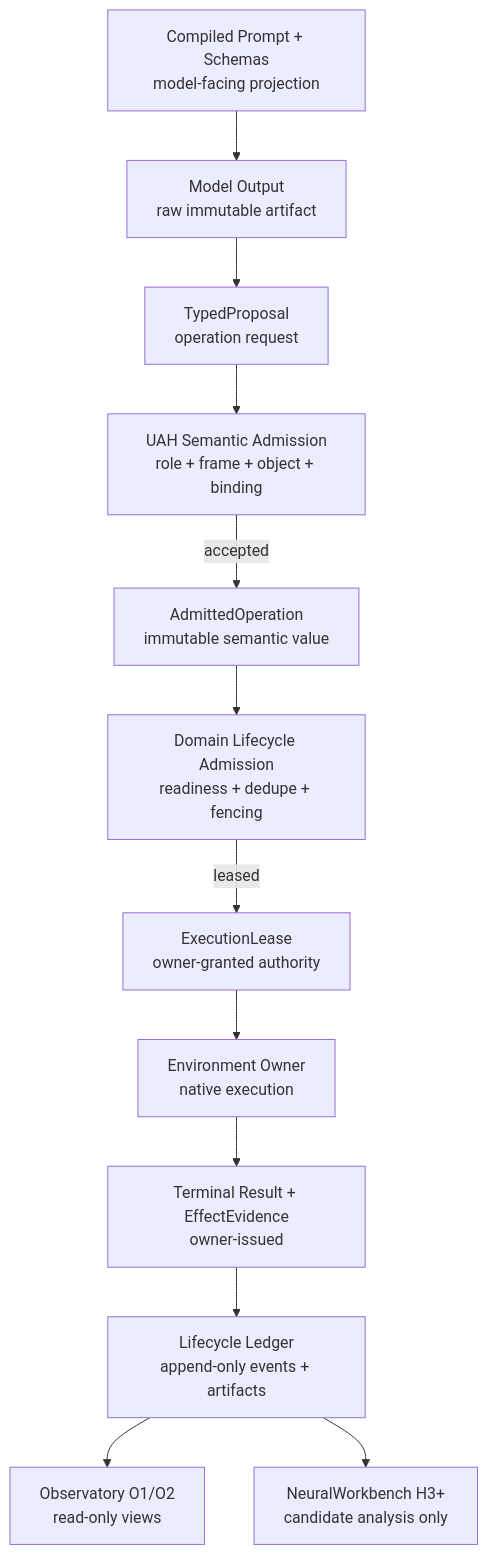
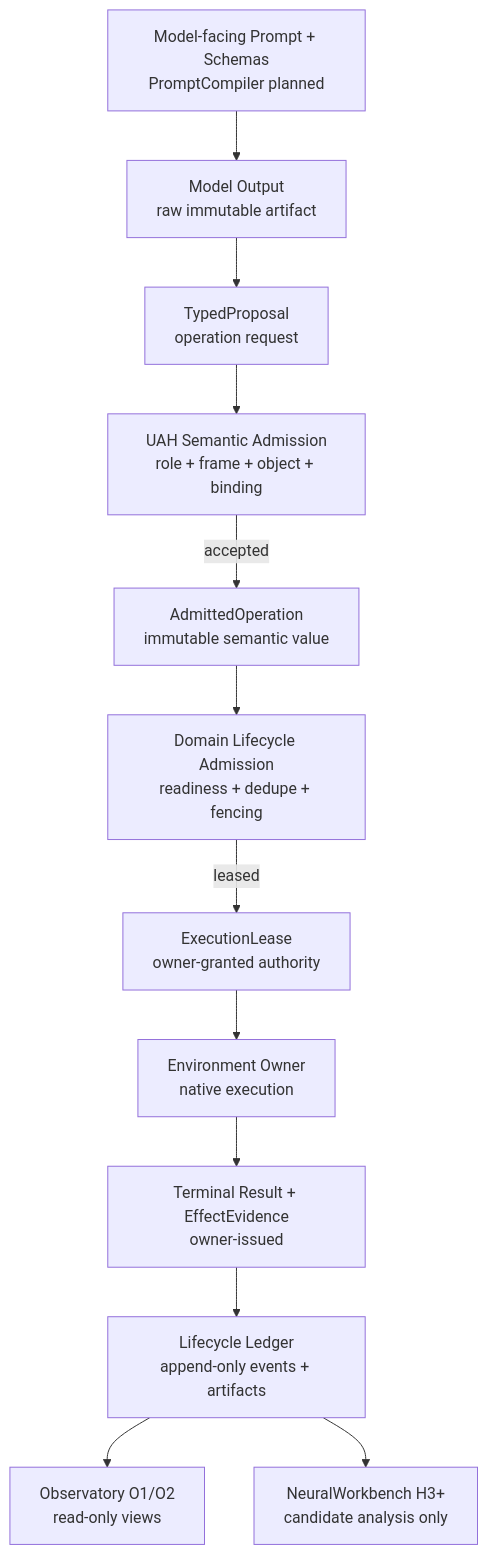
The diagram in docs/architecture/observatory_contract.md (ieverythng/universal-agentic-harness), drawn with Mermaid before and after one commit. The commit also changed other lines of this file and 50 other files, not shown here.

````diff
--- a/docs/architecture/observatory_contract.md
+++ b/docs/architecture/observatory_contract.md
@@ -24,27 +24,27 @@
 ```mermaid
 %% uah-render: Figure 1. Admission, execution, and Observatory data flow
 flowchart TB
-    Prompt["Compiled Prompt + Schemas<br/>model-facing projection"]:::projection
+    Prompt["Model-facing Prompt + Schemas<br/>PromptCompiler planned"]:::projection
     Model["Model Output<br/>raw immutable artifact"]:::model
     Proposal["TypedProposal<br/>operation request"]:::proposal
     Semantic["UAH Semantic Admission<br/>role + frame + object + binding"]:::gate
     Admitted["AdmittedOperation<br/>immutable semantic value"]:::gate
     Domain["Domain Lifecycle Admission<br/>readiness + dedupe + fencing"]:::domain
     Lease["ExecutionLease<br/>owner-granted authority"]:::execution
     Owner["Environment Owner<br/>native execution"]:::execution
     Evidence["Terminal Result + EffectEvidence<br/>owner-issued"]:::evidence
     Ledger["Lifecycle Ledger<br/>append-only events + artifacts"]:::trace
     Observatory["Observatory O1/O2<br/>read-only views"]:::observatory
     Workbench["NeuralWorkbench H3+<br/>candidate analysis only"]:::compiler
     Prompt --> Model
     Model --> Proposal
     Proposal --> Semantic
     Semantic -->|accepted| Admitted
     Admitted --> Domain
     Domain -->|leased| Lease
     Lease --> Owner
     Owner --> Evidence
     Evidence --> Ledger
     Ledger --> Observatory
     Ledger --> Workbench
 ```
````
